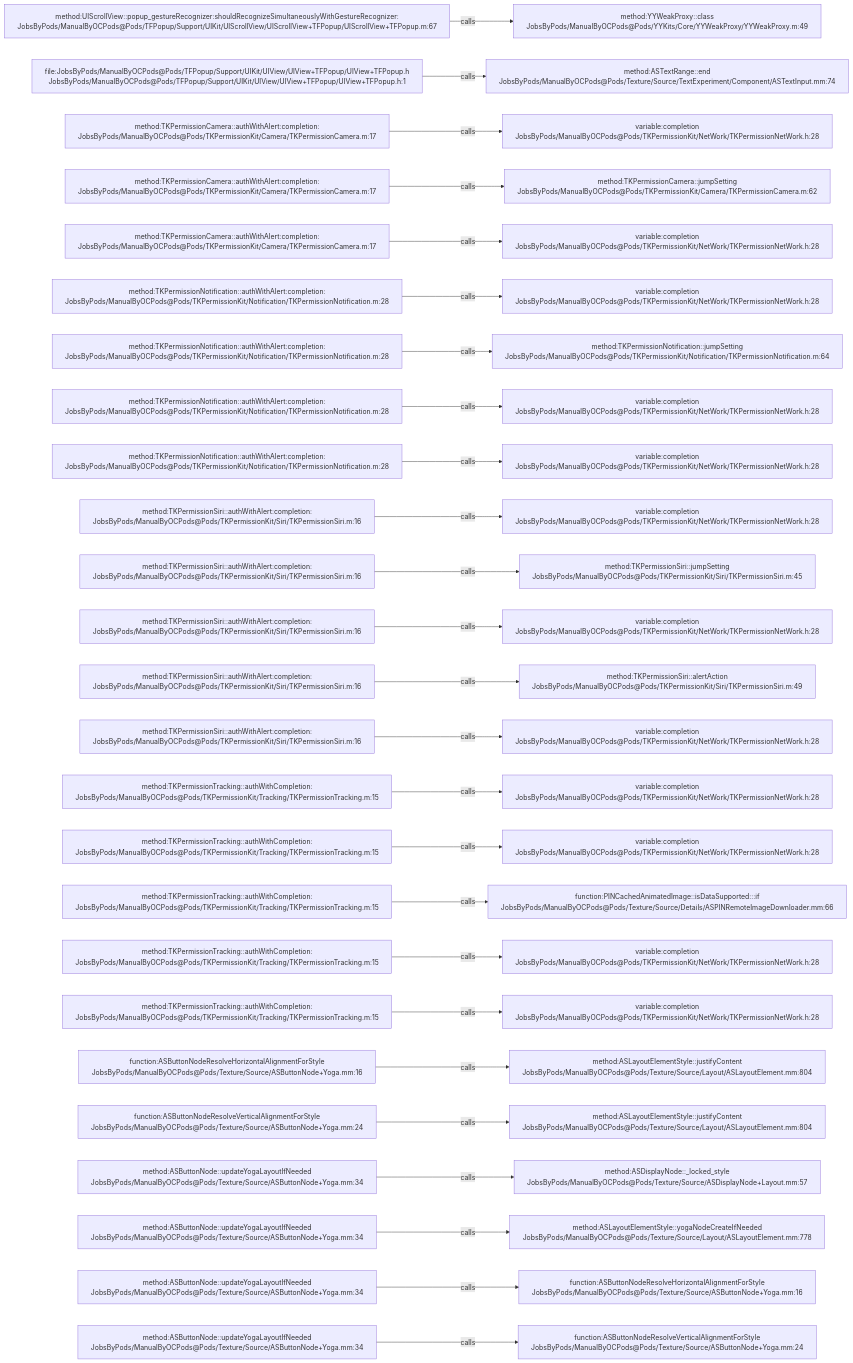
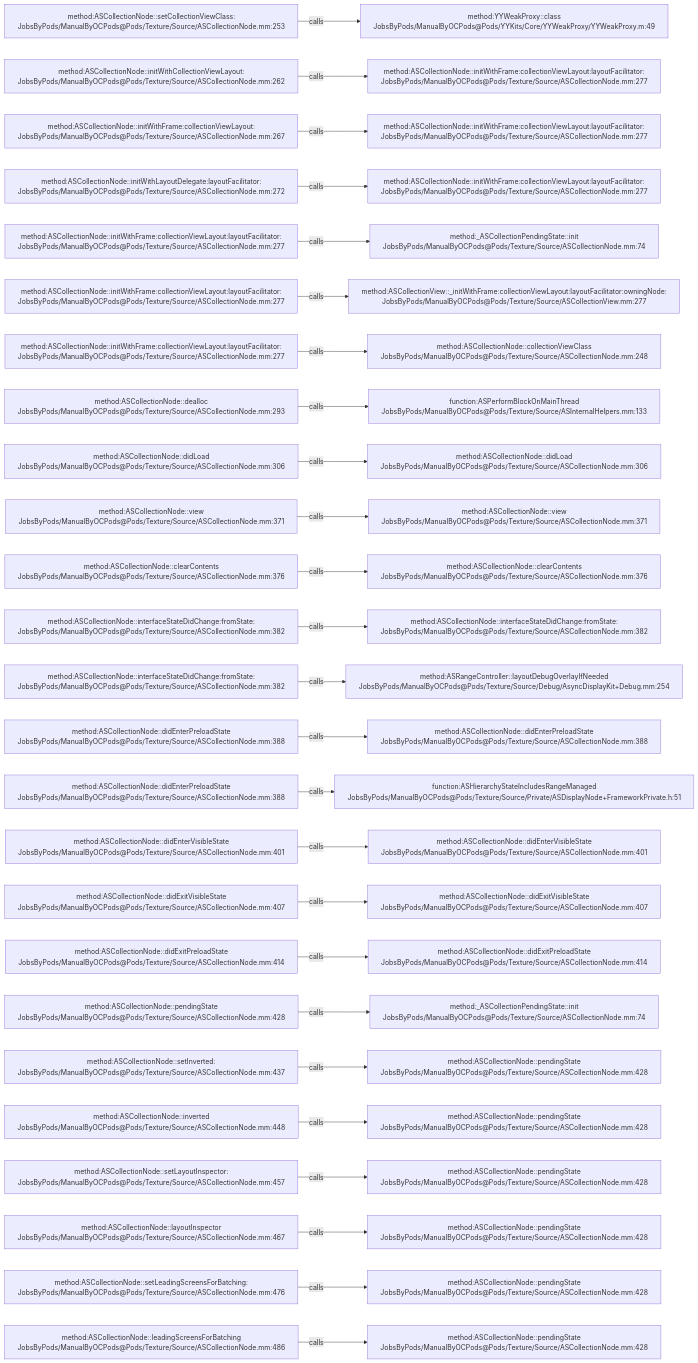
Before and after one commit to JobsKits/JobsOCBaseConfigDemo: the diagram in .codegraph/codegraph.md/graphs/calls-062.md, drawn with Mermaid. The commit also changed 2723 other files, not shown here.

````diff
--- a/.codegraph/codegraph.md/graphs/calls-062.md
+++ b/.codegraph/codegraph.md/graphs/calls-062.md
@@ -13,78 +13,78 @@
 ```mermaid
 flowchart LR
-  S1["method:UIScrollView::popup_gestureRecognizer:shouldRecognizeSimultaneouslyWithGestureRecognizer:<br/>JobsByPods/ManualByOCPods@Pods/TFPopup/Support/UIKit/UIScrollView/UIScrollView+TFPopup/UIScrollView+TFPopup.m:67"]
+  S1["method:ASCollectionNode::setCollectionViewClass:<br/>JobsByPods/ManualByOCPods@Pods/Texture/Source/ASCollectionNode.mm:253"]
   T1["method:YYWeakProxy::class<br/>JobsByPods/ManualByOCPods@Pods/YYKits/Core/YYWeakProxy/YYWeakProxy.m:49"]
   S1 -->|calls| T1
-  S2["file:JobsByPods/ManualByOCPods@Pods/TFPopup/Support/UIKit/UIView/UIView+TFPopup/UIView+TFPopup.h<br/>JobsByPods/ManualByOCPods@Pods/TFPopup/Support/UIKit/UIView/UIView+TFPopup/UIView+TFPopup.h:1"]
-  T2["method:ASTextRange::end<br/>JobsByPods/ManualByOCPods@Pods/Texture/Source/TextExperiment/Component/ASTextInput.mm:74"]
+  S2["method:ASCollectionNode::initWithCollectionViewLayout:<br/>JobsByPods/ManualByOCPods@Pods/Texture/Source/ASCollectionNode.mm:262"]
+  T2["method:ASCollectionNode::initWithFrame:collectionViewLayout:layoutFacilitator:<br/>JobsByPods/ManualByOCPods@Pods/Texture/Source/ASCollectionNode.mm:277"]
   S2 -->|calls| T2
-  S3["method:TKPermissionCamera::authWithAlert:completion:<br/>JobsByPods/ManualByOCPods@Pods/TKPermissionKit/Camera/TKPermissionCamera.m:17"]
-  T3["variable:completion<br/>JobsByPods/ManualByOCPods@Pods/TKPermissionKit/NetWork/TKPermissionNetWork.h:28"]
+  S3["method:ASCollectionNode::initWithFrame:collectionViewLayout:<br/>JobsByPods/ManualByOCPods@Pods/Texture/Source/ASCollectionNode.mm:267"]
+  T3["method:ASCollectionNode::initWithFrame:collectionViewLayout:layoutFacilitator:<br/>JobsByPods/ManualByOCPods@Pods/Texture/Source/ASCollectionNode.mm:277"]
   S3 -->|calls| T3
-  S4["method:TKPermissionCamera::authWithAlert:completion:<br/>JobsByPods/ManualByOCPods@Pods/TKPermissionKit/Camera/TKPermissionCamera.m:17"]
-  T4["method:TKPermissionCamera::jumpSetting<br/>JobsByPods/ManualByOCPods@Pods/TKPermissionKit/Camera/TKPermissionCamera.m:62"]
+  S4["method:ASCollectionNode::initWithLayoutDelegate:layoutFacilitator:<br/>JobsByPods/ManualByOCPods@Pods/Texture/Source/ASCollectionNode.mm:272"]
+  T4["method:ASCollectionNode::initWithFrame:collectionViewLayout:layoutFacilitator:<br/>JobsByPods/ManualByOCPods@Pods/Texture/Source/ASCollectionNode.mm:277"]
   S4 -->|calls| T4
-  S5["method:TKPermissionCamera::authWithAlert:completion:<br/>JobsByPods/ManualByOCPods@Pods/TKPermissionKit/Camera/TKPermissionCamera.m:17"]
-  T5["variable:completion<br/>JobsByPods/ManualByOCPods@Pods/TKPermissionKit/NetWork/TKPermissionNetWork.h:28"]
+  S5["method:ASCollectionNode::initWithFrame:collectionViewLayout:layoutFacilitator:<br/>JobsByPods/ManualByOCPods@Pods/Texture/Source/ASCollectionNode.mm:277"]
+  T5["method:_ASCollectionPendingState::init<br/>JobsByPods/ManualByOCPods@Pods/Texture/Source/ASCollectionNode.mm:74"]
   S5 -->|calls| T5
-  S6["method:TKPermissionNotification::authWithAlert:completion:<br/>JobsByPods/ManualByOCPods@Pods/TKPermissionKit/Notification/TKPermissionNotification.m:28"]
-  T6["variable:completion<br/>JobsByPods/ManualByOCPods@Pods/TKPermissionKit/NetWork/TKPermissionNetWork.h:28"]
+  S6["method:ASCollectionNode::initWithFrame:collectionViewLayout:layoutFacilitator:<br/>JobsByPods/ManualByOCPods@Pods/Texture/Source/ASCollectionNode.mm:277"]
+  T6["method:ASCollectionView::_initWithFrame:collectionViewLayout:layoutFacilitator:owningNode:<br/>JobsByPods/ManualByOCPods@Pods/Texture/Source/ASCollectionView.mm:277"]
   S6 -->|calls| T6
-  S7["method:TKPermissionNotification::authWithAlert:completion:<br/>JobsByPods/ManualByOCPods@Pods/TKPermissionKit/Notification/TKPermissionNotification.m:28"]
-  T7["method:TKPermissionNotification::jumpSetting<br/>JobsByPods/ManualByOCPods@Pods/TKPermissionKit/Notification/TKPermissionNotification.m:64"]
+  S7["method:ASCollectionNode::initWithFrame:collectionViewLayout:layoutFacilitator:<br/>JobsByPods/ManualByOCPods@Pods/Texture/Source/ASCollectionNode.mm:277"]
+  T7["method:ASCollectionNode::collectionViewClass<br/>JobsByPods/ManualByOCPods@Pods/Texture/Source/ASCollectionNode.mm:248"]
   S7 -->|calls| T7
-  S8["method:TKPermissionNotification::authWithAlert:completion:<br/>JobsByPods/ManualByOCPods@Pods/TKPermissionKit/Notification/TKPermissionNotification.m:28"]
-  T8["variable:completion<br/>JobsByPods/ManualByOCPods@Pods/TKPermissionKit/NetWork/TKPermissionNetWork.h:28"]
+  S8["method:ASCollectionNode::dealloc<br/>JobsByPods/ManualByOCPods@Pods/Texture/Source/ASCollectionNode.mm:293"]
+  T8["function:ASPerformBlockOnMainThread<br/>JobsByPods/ManualByOCPods@Pods/Texture/Source/ASInternalHelpers.mm:133"]
   S8 -->|calls| T8
-  S9["method:TKPermissionNotification::authWithAlert:completion:<br/>JobsByPods/ManualByOCPods@Pods/TKPermissionKit/Notification/TKPermissionNotification.m:28"]
-  T9["variable:completion<br/>JobsByPods/ManualByOCPods@Pods/TKPermissionKit/NetWork/TKPermissionNetWork.h:28"]
+  S9["method:ASCollectionNode::didLoad<br/>JobsByPods/ManualByOCPods@Pods/Texture/Source/ASCollectionNode.mm:306"]
+  T9["method:ASCollectionNode::didLoad<br/>JobsByPods/ManualByOCPods@Pods/Texture/Source/ASCollectionNode.mm:306"]
   S9 -->|calls| T9
-  S10["method:TKPermissionSiri::authWithAlert:completion:<br/>JobsByPods/ManualByOCPods@Pods/TKPermissionKit/Siri/TKPermissionSiri.m:16"]
-  T10["variable:completion<br/>JobsByPods/ManualByOCPods@Pods/TKPermissionKit/NetWork/TKPermissionNetWork.h:28"]
+  S10["method:ASCollectionNode::view<br/>JobsByPods/ManualByOCPods@Pods/Texture/Source/ASCollectionNode.mm:371"]
+  T10["method:ASCollectionNode::view<br/>JobsByPods/ManualByOCPods@Pods/Texture/Source/ASCollectionNode.mm:371"]
   S10 -->|calls| T10
-  S11["method:TKPermissionSiri::authWithAlert:completion:<br/>JobsByPods/ManualByOCPods@Pods/TKPermissionKit/Siri/TKPermissionSiri.m:16"]
-  T11["method:TKPermissionSiri::jumpSetting<br/>JobsByPods/ManualByOCPods@Pods/TKPermissionKit/Siri/TKPermissionSiri.m:45"]
+  S11["method:ASCollectionNode::clearContents<br/>JobsByPods/ManualByOCPods@Pods/Texture/Source/ASCollectionNode.mm:376"]
+  T11["method:ASCollectionNode::clearContents<br/>JobsByPods/ManualByOCPods@Pods/Texture/Source/ASCollectionNode.mm:376"]
   S11 -->|calls| T11
-  S12["method:TKPermissionSiri::authWithAlert:completion:<br/>JobsByPods/ManualByOCPods@Pods/TKPermissionKit/Siri/TKPermissionSiri.m:16"]
-  T12["variable:completion<br/>JobsByPods/ManualByOCPods@Pods/TKPermissionKit/NetWork/TKPermissionNetWork.h:28"]
+  S12["method:ASCollectionNode::interfaceStateDidChange:fromState:<br/>JobsByPods/ManualByOCPods@Pods/Texture/Source/ASCollectionNode.mm:382"]
+  T12["method:ASCollectionNode::interfaceStateDidChange:fromState:<br/>JobsByPods/ManualByOCPods@Pods/Texture/Source/ASCollectionNode.mm:382"]
   S12 -->|calls| T12
-  S13["method:TKPermissionSiri::authWithAlert:completion:<br/>JobsByPods/ManualByOCPods@Pods/TKPermissionKit/Siri/TKPermissionSiri.m:16"]
-  T13["method:TKPermissionSiri::alertAction<br/>JobsByPods/ManualByOCPods@Pods/TKPermissionKit/Siri/TKPermissionSiri.m:49"]
+  S13["method:ASCollectionNode::interfaceStateDidChange:fromState:<br/>JobsByPods/ManualByOCPods@Pods/Texture/Source/ASCollectionNode.mm:382"]
+  T13["method:ASRangeController::layoutDebugOverlayIfNeeded<br/>JobsByPods/ManualByOCPods@Pods/Texture/Source/Debug/AsyncDisplayKit+Debug.mm:254"]
   S13 -->|calls| T13
-  S14["method:TKPermissionSiri::authWithAlert:completion:<br/>JobsByPods/ManualByOCPods@Pods/TKPermissionKit/Siri/TKPermissionSiri.m:16"]
-  T14["variable:completion<br/>JobsByPods/ManualByOCPods@Pods/TKPermissionKit/NetWork/TKPermissionNetWork.h:28"]
+  S14["method:ASCollectionNode::didEnterPreloadState<br/>JobsByPods/ManualByOCPods@Pods/Texture/Source/ASCollectionNode.mm:388"]
+  T14["method:ASCollectionNode::didEnterPreloadState<br/>JobsByPods/ManualByOCPods@Pods/Texture/Source/ASCollectionNode.mm:388"]
   S14 -->|calls| T14
-  S15["method:TKPermissionTracking::authWithCompletion:<br/>JobsByPods/ManualByOCPods@Pods/TKPermissionKit/Tracking/TKPermissionTracking.m:15"]
-  T15["variable:completion<br/>JobsByPods/ManualByOCPods@Pods/TKPermissionKit/NetWork/TKPermissionNetWork.h:28"]
+  S15["method:ASCollectionNode::didEnterPreloadState<br/>JobsByPods/ManualByOCPods@Pods/Texture/Source/ASCollectionNode.mm:388"]
+  T15["function:ASHierarchyStateIncludesRangeManaged<br/>JobsByPods/ManualByOCPods@Pods/Texture/Source/Private/ASDisplayNode+FrameworkPrivate.h:51"]
   S15 -->|calls| T15
-  S16["method:TKPermissionTracking::authWithCompletion:<br/>JobsByPods/ManualByOCPods@Pods/TKPermissionKit/Tracking/TKPermissionTracking.m:15"]
-  T16["variable:completion<br/>JobsByPods/ManualByOCPods@Pods/TKPermissionKit/NetWork/TKPermissionNetWork.h:28"]
+  S16["method:ASCollectionNode::didEnterVisibleState<br/>JobsByPods/ManualByOCPods@Pods/Texture/Source/ASCollectionNode.mm:401"]
+  T16["method:ASCollectionNode::didEnterVisibleState<br/>JobsByPods/ManualByOCPods@Pods/Texture/Source/ASCollectionNode.mm:401"]
   S16 -->|calls| T16
-  S17["method:TKPermissionTracking::authWithCompletion:<br/>JobsByPods/ManualByOCPods@Pods/TKPermissionKit/Tracking/TKPermissionTracking.m:15"]
-  T17["function:PINCachedAnimatedImage::isDataSupported:::if<br/>JobsByPods/ManualByOCPods@Pods/Texture/Source/Details/ASPINRemoteImageDownloader.mm:66"]
+  S17["method:ASCollectionNode::didExitVisibleState<br/>JobsByPods/ManualByOCPods@Pods/Texture/Source/ASCollectionNode.mm:407"]
+  T17["method:ASCollectionNode::didExitVisibleState<br/>JobsByPods/ManualByOCPods@Pods/Texture/Source/ASCollectionNode.mm:407"]
   S17 -->|calls| T17
-  S18["method:TKPermissionTracking::authWithCompletion:<br/>JobsByPods/ManualByOCPods@Pods/TKPermissionKit/Tracking/TKPermissionTracking.m:15"]
-  T18["variable:completion<br/>JobsByPods/ManualByOCPods@Pods/TKPermissionKit/NetWork/TKPermissionNetWork.h:28"]
+  S18["method:ASCollectionNode::didExitPreloadState<br/>JobsByPods/ManualByOCPods@Pods/Texture/Source/ASCollectionNode.mm:414"]
+  T18["method:ASCollectionNode::didExitPreloadState<br/>JobsByPods/ManualByOCPods@Pods/Texture/Source/ASCollectionNode.mm:414"]
   S18 -->|calls| T18
-  S19["method:TKPermissionTracking::authWithCompletion:<br/>JobsByPods/ManualByOCPods@Pods/TKPermissionKit/Tracking/TKPermissionTracking.m:15"]
-  T19["variable:completion<br/>JobsByPods/ManualByOCPods@Pods/TKPermissionKit/NetWork/TKPermissionNetWork.h:28"]
+  S19["method:ASCollectionNode::pendingState<br/>JobsByPods/ManualByOCPods@Pods/Texture/Source/ASCollectionNode.mm:428"]
+  T19["method:_ASCollectionPendingState::init<br/>JobsByPods/ManualByOCPods@Pods/Texture/Source/ASCollectionNode.mm:74"]
   S19 -->|calls| T19
-  S20["function:ASButtonNodeResolveHorizontalAlignmentForStyle<br/>JobsByPods/ManualByOCPods@Pods/Texture/Source/ASButtonNode+Yoga.mm:16"]
-  T20["method:ASLayoutElementStyle::justifyContent<br/>JobsByPods/ManualByOCPods@Pods/Texture/Source/Layout/ASLayoutElement.mm:804"]
+  S20["method:ASCollectionNode::setInverted:<br/>JobsByPods/ManualByOCPods@Pods/Texture/Source/ASCollectionNode.mm:437"]
+  T20["method:ASCollectionNode::pendingState<br/>JobsByPods/ManualByOCPods@Pods/Texture/Source/ASCollectionNode.mm:428"]
   S20 -->|calls| T20
-  S21["function:ASButtonNodeResolveVerticalAlignmentForStyle<br/>JobsByPods/ManualByOCPods@Pods/Texture/Source/ASButtonNode+Yoga.mm:24"]
-  T21["method:ASLayoutElementStyle::justifyContent<br/>JobsByPods/ManualByOCPods@Pods/Texture/Source/Layout/ASLayoutElement.mm:804"]
+  S21["method:ASCollectionNode::inverted<br/>JobsByPods/ManualByOCPods@Pods/Texture/Source/ASCollectionNode.mm:448"]
+  T21["method:ASCollectionNode::pendingState<br/>JobsByPods/ManualByOCPods@Pods/Texture/Source/ASCollectionNode.mm:428"]
   S21 -->|calls| T21
-  S22["method:ASButtonNode::updateYogaLayoutIfNeeded<br/>JobsByPods/ManualByOCPods@Pods/Texture/Source/ASButtonNode+Yoga.mm:34"]
-  T22["method:ASDisplayNode::_locked_style<br/>JobsByPods/ManualByOCPods@Pods/Texture/Source/ASDisplayNode+Layout.mm:57"]
+  S22["method:ASCollectionNode::setLayoutInspector:<br/>JobsByPods/ManualByOCPods@Pods/Texture/Source/ASCollectionNode.mm:457"]
+  T22["method:ASCollectionNode::pendingState<br/>JobsByPods/ManualByOCPods@Pods/Texture/Source/ASCollectionNode.mm:428"]
   S22 -->|calls| T22
-  S23["method:ASButtonNode::updateYogaLayoutIfNeeded<br/>JobsByPods/ManualByOCPods@Pods/Texture/Source/ASButtonNode+Yoga.mm:34"]
-  T23["method:ASLayoutElementStyle::yogaNodeCreateIfNeeded<br/>JobsByPods/ManualByOCPods@Pods/Texture/Source/Layout/ASLayoutElement.mm:778"]
+  S23["method:ASCollectionNode::layoutInspector<br/>JobsByPods/ManualByOCPods@Pods/Texture/Source/ASCollectionNode.mm:467"]
+  T23["method:ASCollectionNode::pendingState<br/>JobsByPods/ManualByOCPods@Pods/Texture/Source/ASCollectionNode.mm:428"]
   S23 -->|calls| T23
-  S24["method:ASButtonNode::updateYogaLayoutIfNeeded<br/>JobsByPods/ManualByOCPods@Pods/Texture/Source/ASButtonNode+Yoga.mm:34"]
-  T24["function:ASButtonNodeResolveHorizontalAlignmentForStyle<br/>JobsByPods/ManualByOCPods@Pods/Texture/Source/ASButtonNode+Yoga.mm:16"]
+  S24["method:ASCollectionNode::setLeadingScreensForBatching:<br/>JobsByPods/ManualByOCPods@Pods/Texture/Source/ASCollectionNode.mm:476"]
+  T24["method:ASCollectionNode::pendingState<br/>JobsByPods/ManualByOCPods@Pods/Texture/Source/ASCollectionNode.mm:428"]
   S24 -->|calls| T24
-  S25["method:ASButtonNode::updateYogaLayoutIfNeeded<br/>JobsByPods/ManualByOCPods@Pods/Texture/Source/ASButtonNode+Yoga.mm:34"]
-  T25["function:ASButtonNodeResolveVerticalAlignmentForStyle<br/>JobsByPods/ManualByOCPods@Pods/Texture/Source/ASButtonNode+Yoga.mm:24"]
+  S25["method:ASCollectionNode::leadingScreensForBatching<br/>JobsByPods/ManualByOCPods@Pods/Texture/Source/ASCollectionNode.mm:486"]
+  T25["method:ASCollectionNode::pendingState<br/>JobsByPods/ManualByOCPods@Pods/Texture/Source/ASCollectionNode.mm:428"]
   S25 -->|calls| T25
 ```
````
